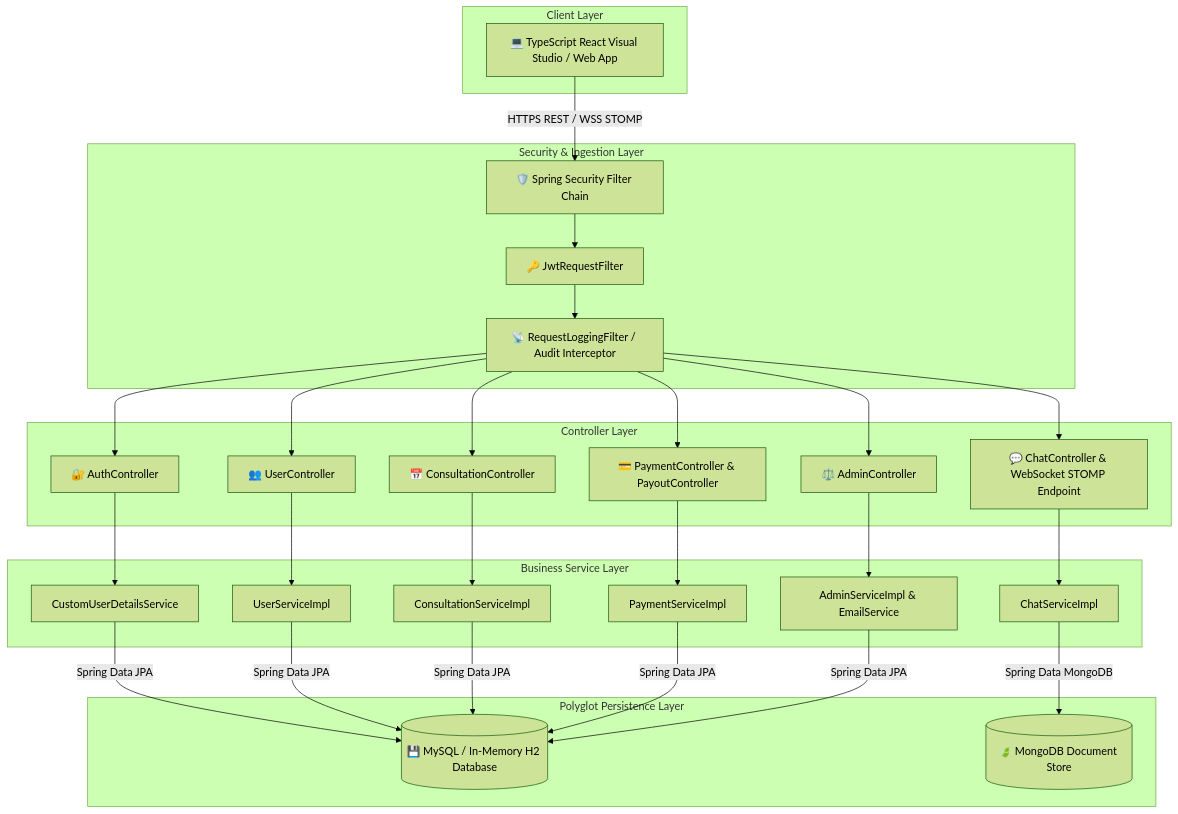
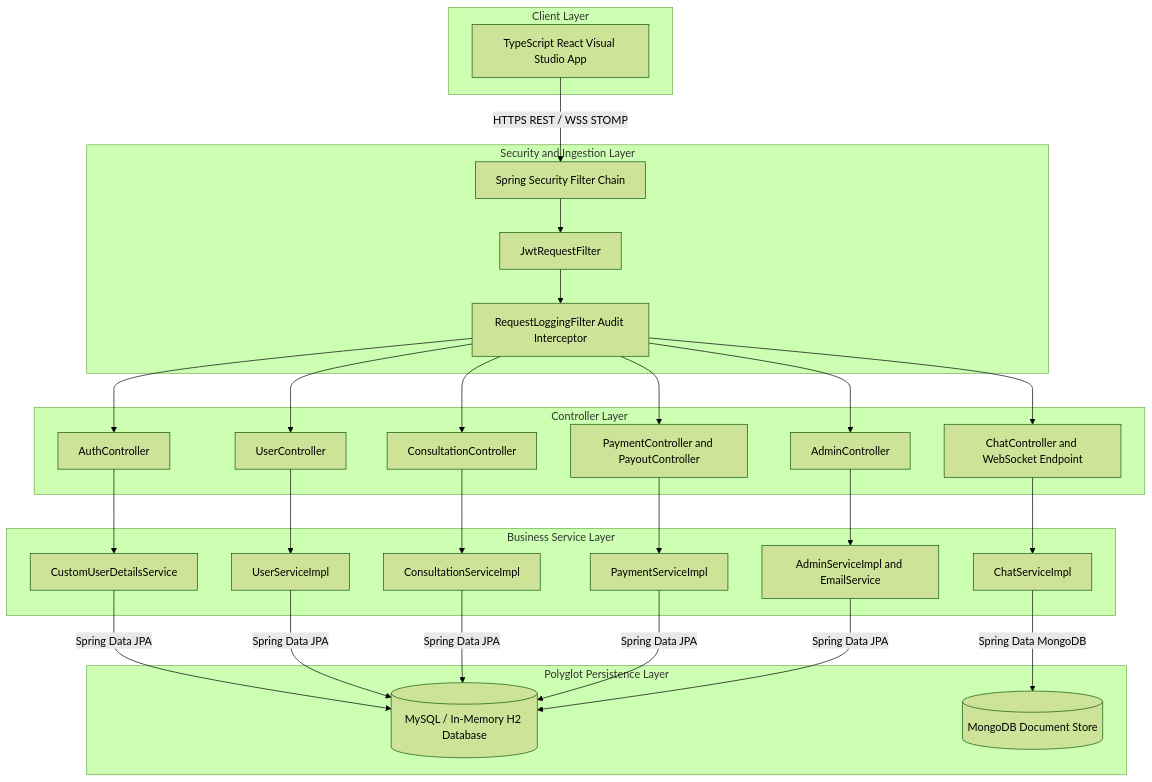
Before and after one commit to Shashanklko/Lawino-Meet: the diagram in docs/ARCHITECTURE.md, drawn with Mermaid (forest theme). The commit also changed other lines of this file and 1 other file, not shown here.

Commit message:
fix: Update Mermaid syntax in ARCHITECTURE.md and WORKFLOWS.md for clean GitHub diagram rendering

````diff
--- a/docs/ARCHITECTURE.md
+++ b/docs/ARCHITECTURE.md
@@ -11,50 +11,59 @@
 ```mermaid
 graph TD
-    subgraph Client Layer
-        A[💻 TypeScript React Visual Studio / Web App]
+    subgraph Client_Layer["Client Layer"]
+        A["TypeScript React Visual Studio App"]
     end
 
-    subgraph Security & Ingestion Layer
-        B[🛡️ Spring Security Filter Chain]
-        C[🔑 JwtRequestFilter]
-        D[📡 RequestLoggingFilter / Audit Interceptor]
+    subgraph Security_Layer["Security and Ingestion Layer"]
+        B["Spring Security Filter Chain"]
+        C["JwtRequestFilter"]
+        D["RequestLoggingFilter Audit Interceptor"]
     end
 
-    subgraph Controller Layer
-        E1[🔐 AuthController]
-        E2[👥 UserController]
-        E3[📅 ConsultationController]
-        E4[💳 PaymentController & PayoutController]
-        E5[💬 ChatController & WebSocket STOMP Endpoint]
-        E6[⚖️ AdminController]
+    subgraph Controller_Layer["Controller Layer"]
+        E1["AuthController"]
+        E2["UserController"]
+        E3["ConsultationController"]
+        E4["PaymentController and PayoutController"]
+        E5["ChatController and WebSocket Endpoint"]
+        E6["AdminController"]
     end
 
-    subgraph Business Service Layer
-        F1[CustomUserDetailsService]
-        F2[UserServiceImpl]
-        F3[ConsultationServiceImpl]
-        F4[PaymentServiceImpl]
-        F5[ChatServiceImpl]
-        F6[AdminServiceImpl & EmailService]
+    subgraph Service_Layer["Business Service Layer"]
+        F1["CustomUserDetailsService"]
+        F2["UserServiceImpl"]
+        F3["ConsultationServiceImpl"]
+        F4["PaymentServiceImpl"]
+        F5["ChatServiceImpl"]
+        F6["AdminServiceImpl and EmailService"]
     end
 
-    subgraph Polyglot Persistence Layer
-        G1[(💾 MySQL / In-Memory H2 Database)]
-        G2[(🍃 MongoDB Document Store)]
+    subgraph Database_Layer["Polyglot Persistence Layer"]
+        G1[("MySQL / In-Memory H2 Database")]
+        G2[("MongoDB Document Store")]
     end
 
     A -->|HTTPS REST / WSS STOMP| B
     B --> C
     C --> D
-    D --> E1 & E2 & E3 & E4 & E5 & E6
+    D --> E1
+    D --> E2
+    D --> E3
+    D --> E4
+    D --> E5
+    D --> E6
 
     E1 --> F1
     E2 --> F2
     E3 --> F3
     E4 --> F4
     E5 --> F5
     E6 --> F6
 
-    F1 & F2 & F3 & F4 & F6 -->|Spring Data JPA| G1
+    F1 -->|Spring Data JPA| G1
+    F2 -->|Spring Data JPA| G1
+    F3 -->|Spring Data JPA| G1
+    F4 -->|Spring Data JPA| G1
+    F6 -->|Spring Data JPA| G1
     F5 -->|Spring Data MongoDB| G2
 ```
````
